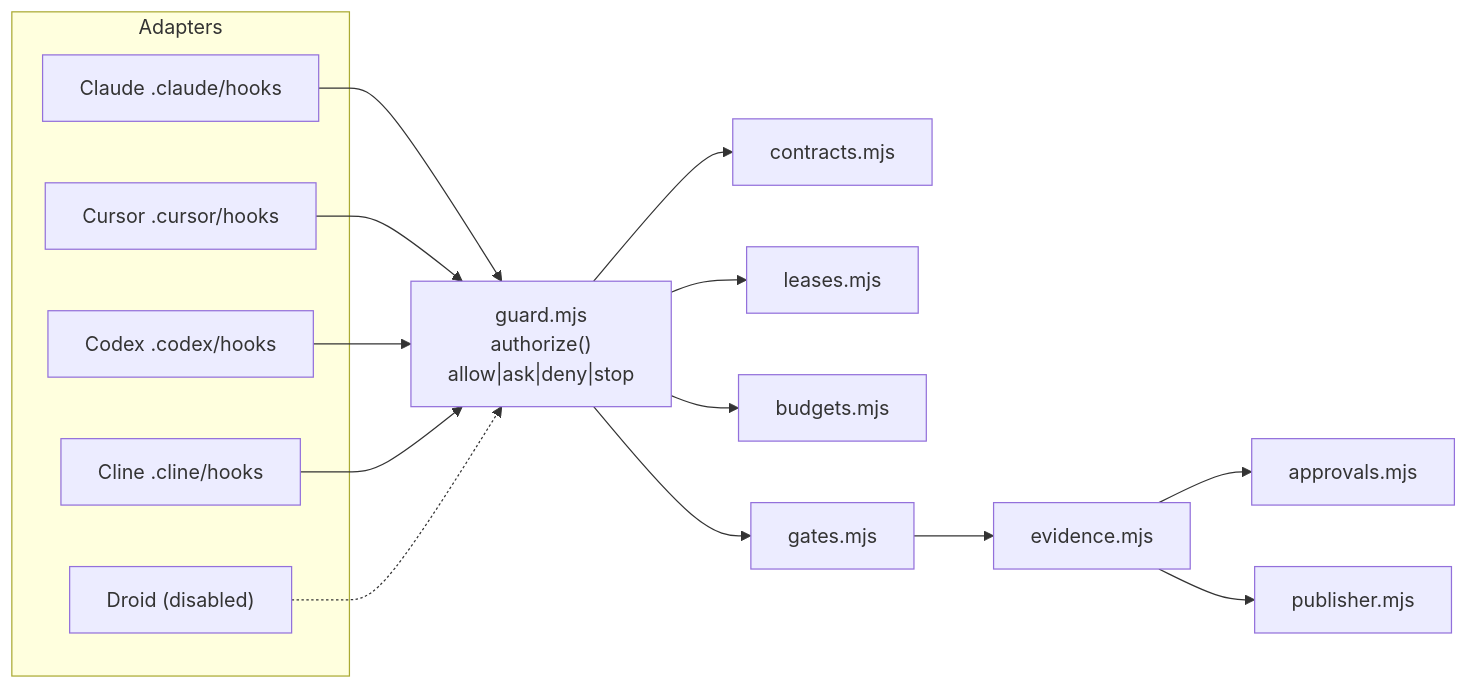
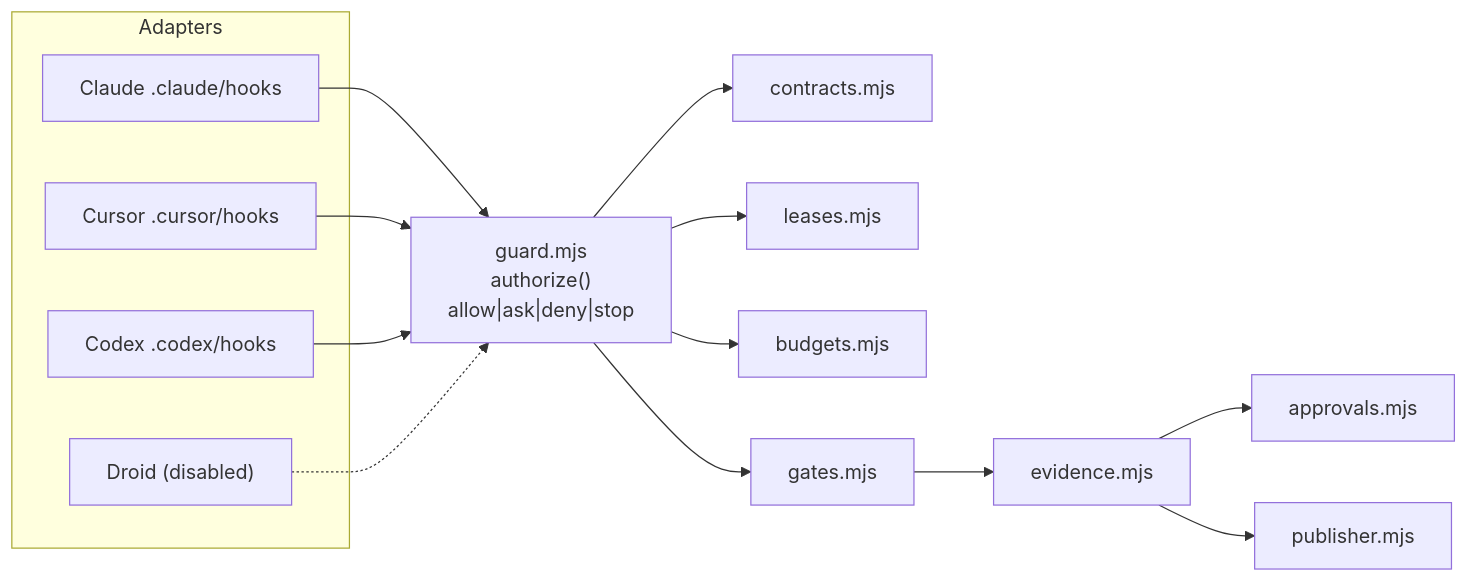
The diagram in sentrawiki/tools/automation.md (drferdii/Monorepo-safrs), drawn with Mermaid before and after one commit. The commit also changed other lines of this file and 29 other files, not shown here.

````diff
--- a/sentrawiki/tools/automation.md
+++ b/sentrawiki/tools/automation.md
@@ -119,22 +119,20 @@
 ```mermaid
 graph LR
     subgraph Adapters
         A1["Claude .claude/hooks"]
         A2["Cursor .cursor/hooks"]
         A3["Codex .codex/hooks"]
-        A4["Cline .cline/hooks"]
-        A5["Droid (disabled)"]
+        A4["Droid (disabled)"]
     end
     A1 --> G["guard.mjs<br/>authorize()<br/>allow|ask|deny|stop"]
     A2 --> G
     A3 --> G
-    A4 --> G
-    A5 -.-> G
+    A4 -.-> G
     G --> CT["contracts.mjs"]
     G --> LS["leases.mjs"]
     G --> BD["budgets.mjs"]
     G --> GT["gates.mjs"]
     GT --> EV["evidence.mjs"]
     EV --> AP["approvals.mjs"]
     EV --> PB["publisher.mjs"]
 ```
````
